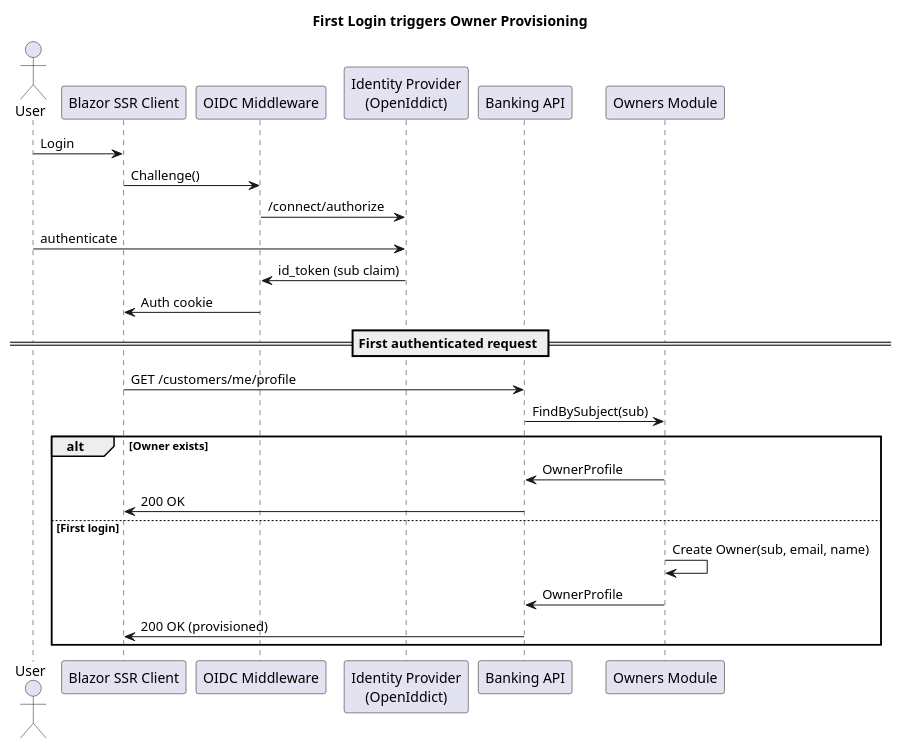
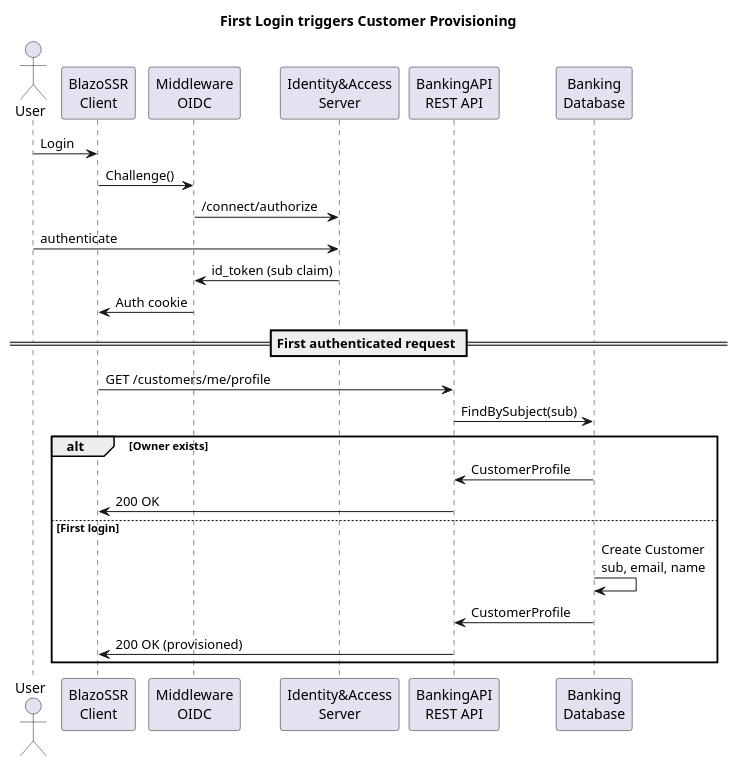
One commit to berndRog/IdentityAccessServer changed the diagram in IdentityAccessServer/1UML/3_Provisioning.puml. Above: the diagram before and after it, drawn with PlantUML. The commit also changed 29 other files, not shown here.

Commit message:
Refactor authentication configuration; rename AuthServer to IdentityAccessServer in settings and code references for consistency

```diff
--- a/IdentityAccessServer/1UML/3_Provisioning.puml
+++ b/IdentityAccessServer/1UML/3_Provisioning.puml
@@ -1,33 +1,33 @@
 @startuml
-title First Login triggers Owner Provisioning
+title First Login triggers Customer Provisioning
 
 actor User
-participant "Blazor SSR Client" as Client
-participant "OIDC Middleware" as Middleware
-participant "Identity Provider\n(OpenIddict)" as IdP
-participant "Banking API" as API
-participant "Owners Module" as Owners
+participant "BlazoSSR\nClient" as Client
+participant "Middleware\nOIDC" as Middleware
+participant "Identity&Access\nServer" as IdP
+participant "BankingAPI\nREST API" as API
+participant "Banking\nDatabase" as Database
 
 User -> Client : Login
 Client -> Middleware : Challenge()
 
 Middleware -> IdP : /connect/authorize
 User -> IdP : authenticate
 IdP -> Middleware : id_token (sub claim)
 Middleware -> Client : Auth cookie
 
 == First authenticated request ==
 
 Client -> API : GET /customers/me/profile
-API -> Owners : FindBySubject(sub)
+API -> Database : FindBySubject(sub)
 
 alt Owner exists
-    Owners -> API : OwnerProfile
+    Database -> API : CustomerProfile
     API -> Client : 200 OK
 else First login
-    Owners -> Owners : Create Owner(sub, email, name)
-    Owners -> API : OwnerProfile
+    Database -> Database : Create Customer\nsub, email, name
+    Database -> API : CustomerProfile
     API -> Client : 200 OK (provisioned)
 end
 
 @enduml
```
